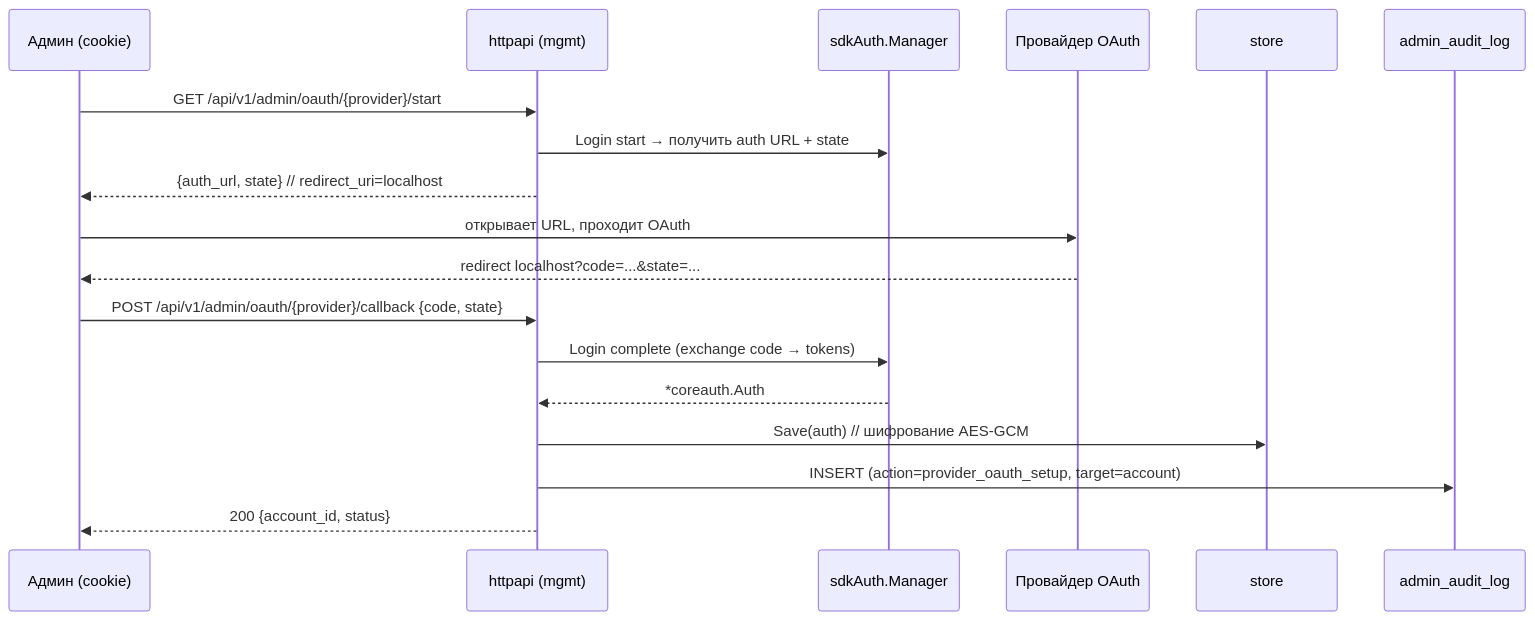
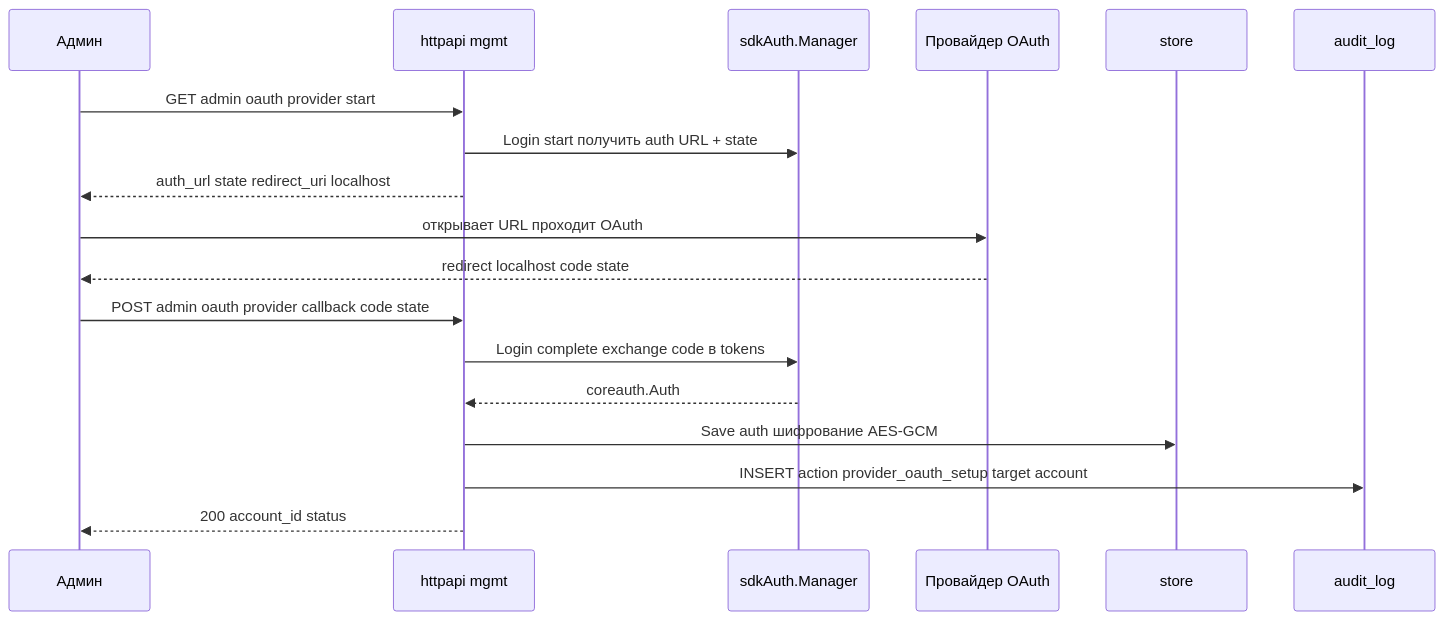
The sixth of 7 diagrams in docs/architecture.md (ilyast91/CLIProxyNew), drawn with Mermaid before and after one commit. The commit also changed other lines of this file and 1 other file, not shown here.

First line of the commit message:
docs: исправить Mermaid-диаграммы для рендера на GitHub

````diff
--- a/docs/architecture.md
+++ b/docs/architecture.md
@@ -218,21 +218,21 @@
 ```mermaid
 sequenceDiagram
-    participant A as Админ (cookie)
-    participant H as httpapi (mgmt)
+    participant A as Админ
+    participant H as httpapi mgmt
     participant Core as sdkAuth.Manager
     participant Prov as Провайдер OAuth
     participant Store as store
-    participant Audit as admin_audit_log
+    participant Audit as audit_log
 
-    A->>H: GET /api/v1/admin/oauth/{provider}/start
-    H->>Core: Login start → получить auth URL + state
-    H-->>A: {auth_url, state} // redirect_uri=localhost
-    A->>Prov: открывает URL, проходит OAuth
-    Prov-->>A: redirect localhost?code=...&state=...
-    A->>H: POST /api/v1/admin/oauth/{provider}/callback {code, state}
-    H->>Core: Login complete (exchange code → tokens)
-    Core-->>H: *coreauth.Auth
-    H->>Store: Save(auth) // шифрование AES-GCM
-    H->>Audit: INSERT (action=provider_oauth_setup, target=account)
-    H-->>A: 200 {account_id, status}
+    A->>H: GET admin oauth provider start
+    H->>Core: Login start получить auth URL + state
+    H-->>A: auth_url state redirect_uri localhost
+    A->>Prov: открывает URL проходит OAuth
+    Prov-->>A: redirect localhost code state
+    A->>H: POST admin oauth provider callback code state
+    H->>Core: Login complete exchange code в tokens
+    Core-->>H: coreauth.Auth
+    H->>Store: Save auth шифрование AES-GCM
+    H->>Audit: INSERT action provider_oauth_setup target account
+    H-->>A: 200 account_id status
 ```
````
